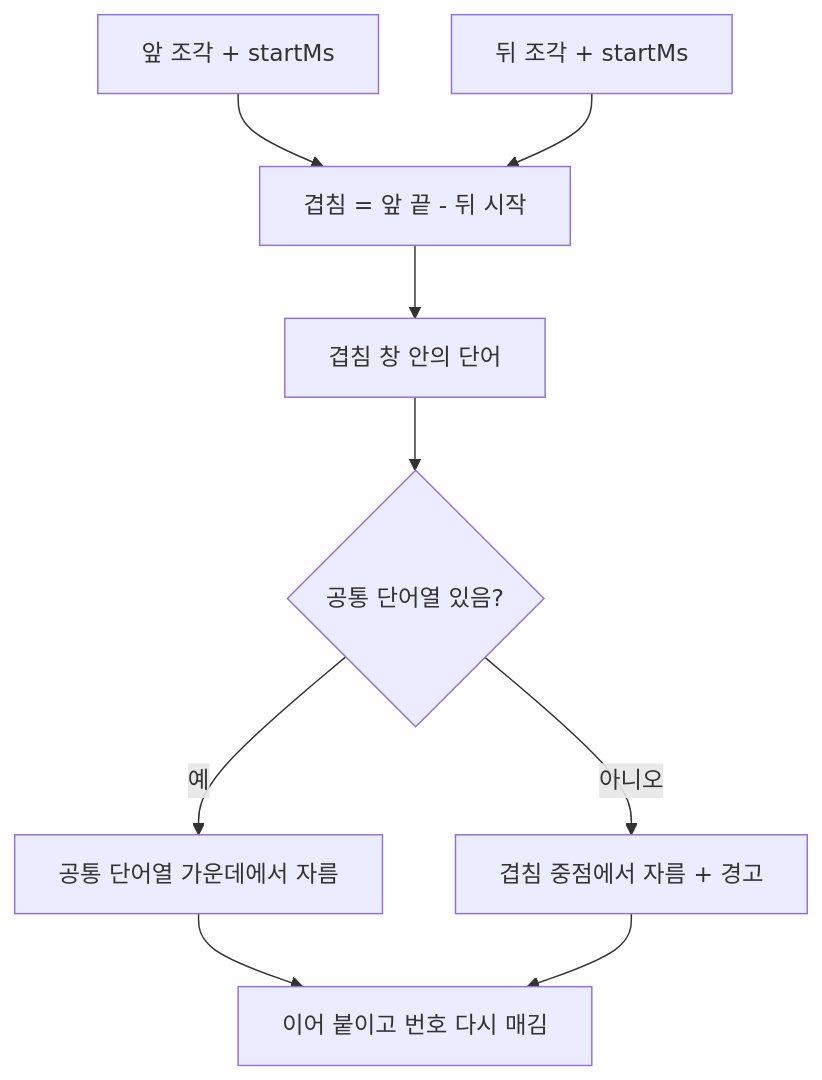
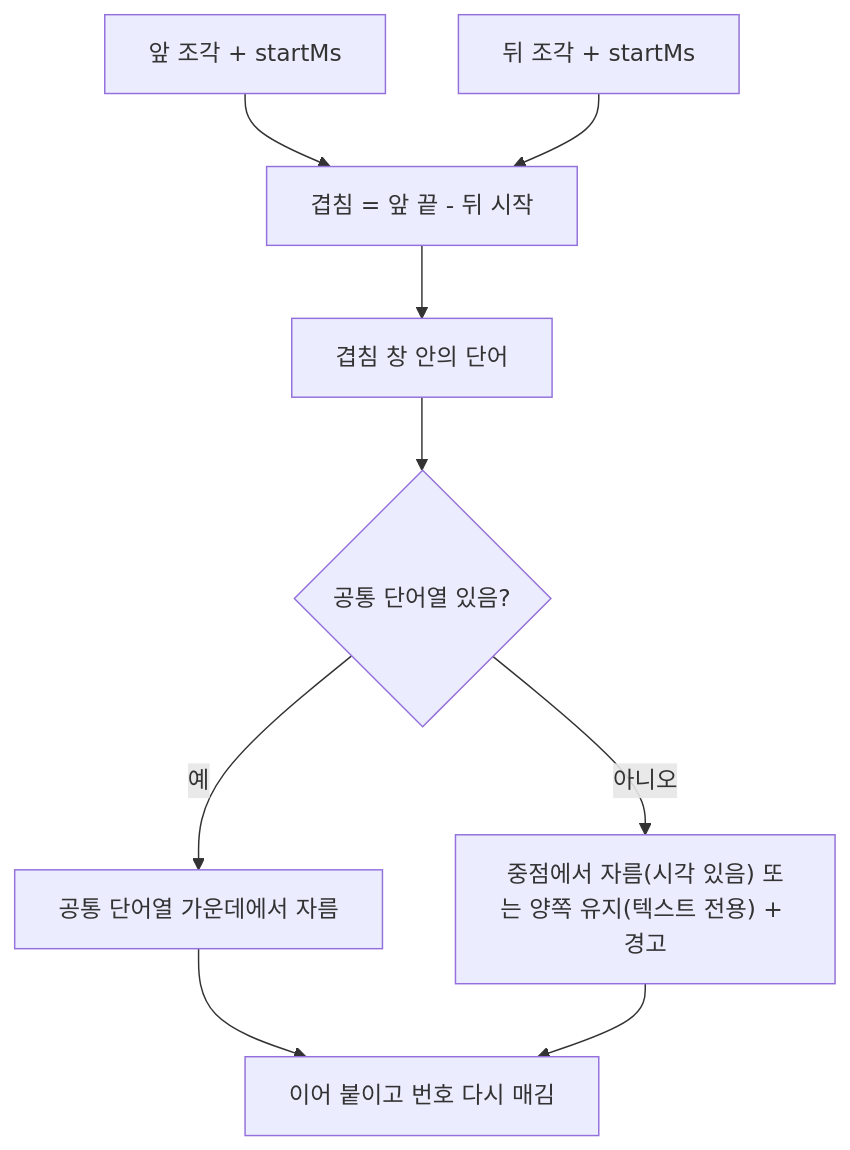
The second of 2 diagrams in README.ko.md (LeeGyeongPil/transcript-stitch), drawn with Mermaid before and after one commit. The commit also changed other lines of this file and 6 other files, not shown here.

````diff
--- a/README.ko.md
+++ b/README.ko.md
@@ -153,11 +153,11 @@
 ```mermaid
 flowchart TD
   L[앞 조각 + startMs] --> O[겹침 = 앞 끝 - 뒤 시작]
   R[뒤 조각 + startMs] --> O
   O --> W[겹침 창 안의 단어]
   W --> M{공통 단어열 있음?}
   M -- 예 --> C[공통 단어열 가운데에서 자름]
-  M -- 아니오 --> P[겹침 중점에서 자름 + 경고]
+  M -- 아니오 --> P["중점에서 자름(시각 있음) 또는 양쪽 유지(텍스트 전용) + 경고"]
   C --> J[이어 붙이고 번호 다시 매김]
   P --> J
 ```
````
